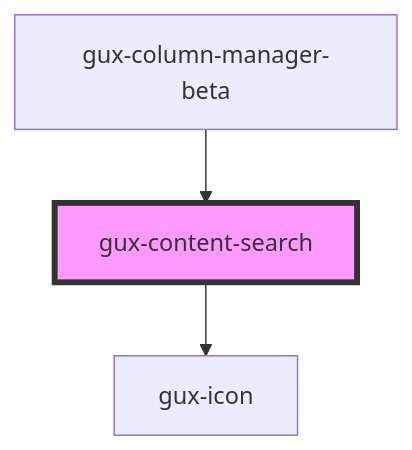
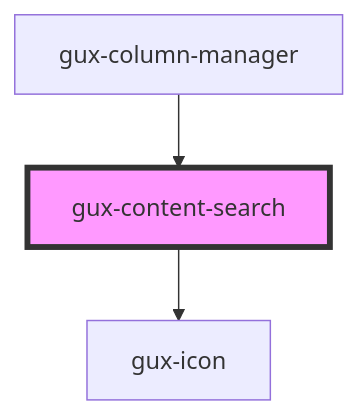
The diagram in packages/genesys-spark-components/src/components/stable/gux-content-search/readme.md (MyPureCloud/genesys-spark), drawn with Mermaid before and after one commit. The commit also changed other lines of this file and 20 other files, not shown here.

First line of the commit message:
refactor(column-manager): moved from beta to stable

````diff
--- a/packages/genesys-spark-components/src/components/stable/gux-content-search/readme.md
+++ b/packages/genesys-spark-components/src/components/stable/gux-content-search/readme.md
@@ -54,6 +54,6 @@
 ```mermaid
 graph TD;
   gux-content-search --> gux-icon
-  gux-column-manager-beta --> gux-content-search
+  gux-column-manager --> gux-content-search
   style gux-content-search fill:#f9f,stroke:#333,stroke-width:4px
 ```
````
